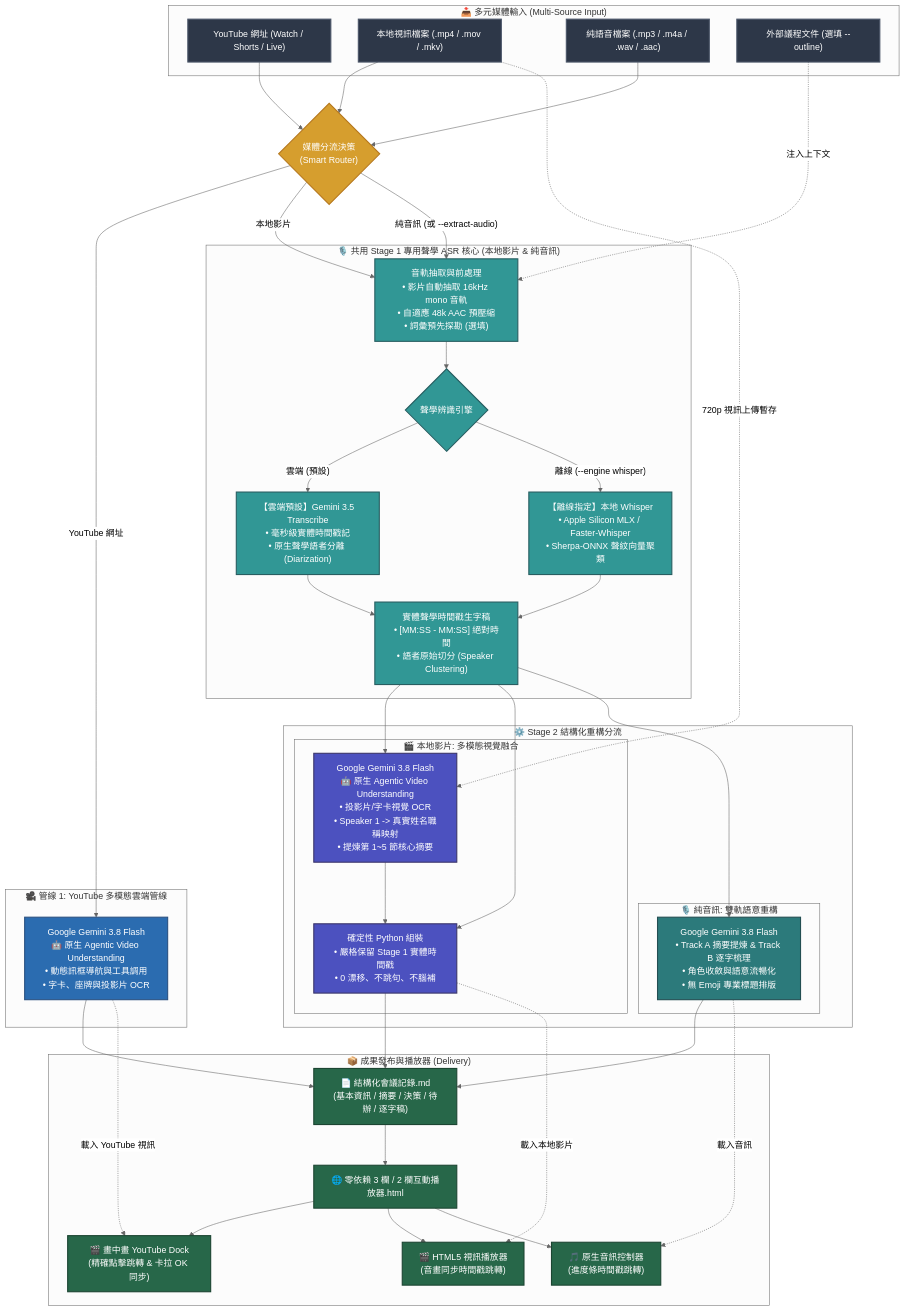
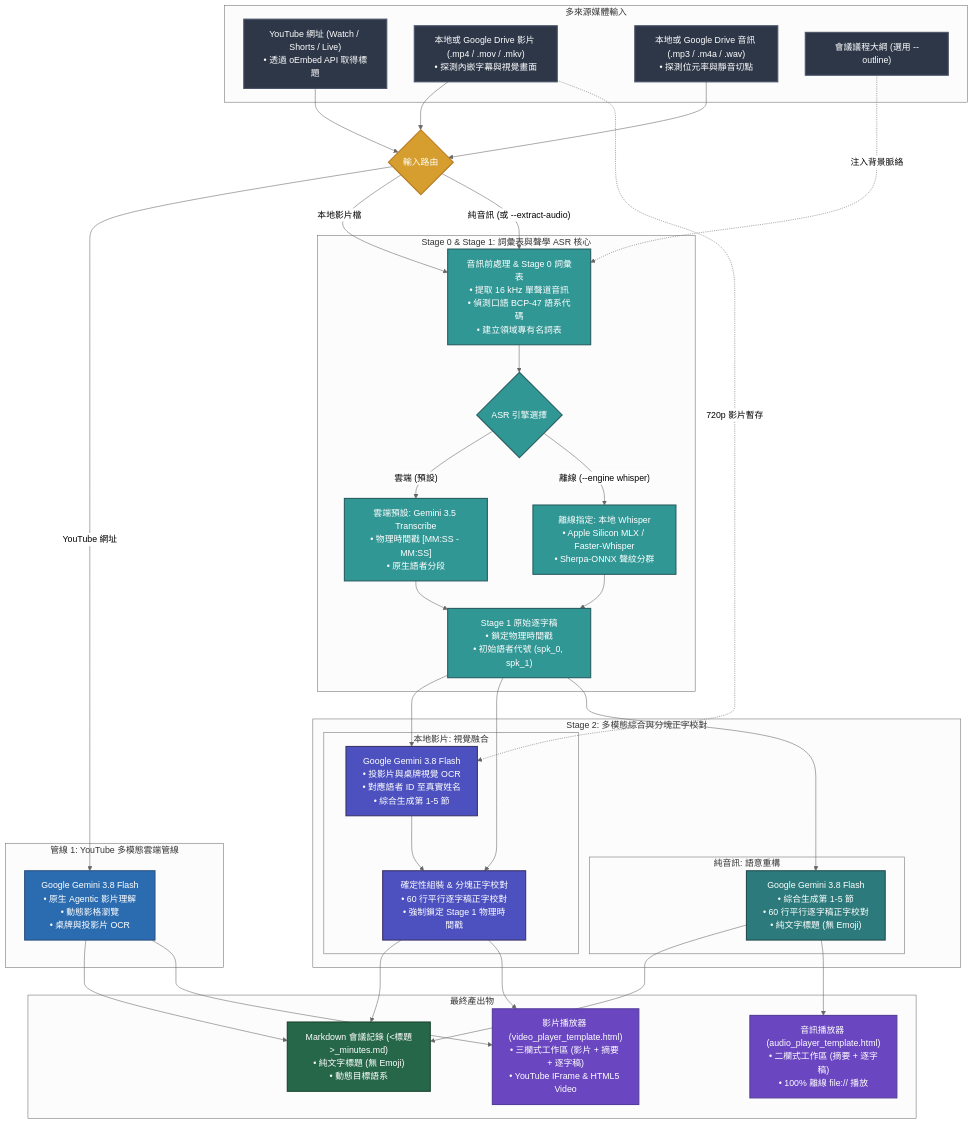
The diagram in README.zh-TW.md (sylphlin/meeting-transcribe-agent), drawn with Mermaid (neutral theme) before and after one commit. The commit also changed other lines of this file and 5 other files, not shown here.

````diff
--- a/README.zh-TW.md
+++ b/README.zh-TW.md
@@ -133,82 +131,75 @@
 ```mermaid
 flowchart TD
     classDef inputStyle fill:#2D3748,stroke:#4A5568,stroke-width:2px,color:#fff;
     classDef routerStyle fill:#D69E2E,stroke:#B7791F,stroke-width:2px,color:#fff;
     classDef videoStyle fill:#2B6CB0,stroke:#2C5282,stroke-width:2px,color:#fff;
     classDef fusionStyle fill:#4C51BF,stroke:#3C366B,stroke-width:2px,color:#fff;
     classDef audioStyle fill:#2C7A7B,stroke:#234E52,stroke-width:2px,color:#fff;
     classDef asrStyle fill:#319795,stroke:#285E61,stroke-width:2px,color:#fff;
     classDef outputStyle fill:#276749,stroke:#1C4532,stroke-width:2px,color:#fff;
+    classDef playerStyle fill:#6B46C1,stroke:#553C9A,stroke-width:2px,color:#fff;
 
-    subgraph Input["📥 多元媒體輸入 (Multi-Source Input)"]
-        Y["YouTube 網址 (Watch / Shorts / Live)"]:::inputStyle
-        V["本地視訊檔案 (.mp4 / .mov / .mkv)"]:::inputStyle
-        A["純語音檔案 (.mp3 / .m4a / .wav / .aac)"]:::inputStyle
-        O["外部議程文件 (選填 --outline)"]:::inputStyle
+    subgraph Input["多來源媒體輸入"]
+        Y["YouTube 網址 (Watch / Shorts / Live)<br>• 透過 oEmbed API 取得標題"]:::inputStyle
+        V["本地或 Google Drive 影片 (.mp4 / .mov / .mkv)<br>• 探測內嵌字幕與視覺畫面"]:::inputStyle
+        A["本地或 Google Drive 音訊 (.mp3 / .m4a / .wav)<br>• 探測位元率與靜音切點"]:::inputStyle
+        O["會議議程大綱 (選用 --outline)"]:::inputStyle
     end
 
-    Router{"媒體分流決策<br>(Smart Router)"}:::routerStyle
+    Router{"輸入路由"}:::routerStyle
 
     Y --> Router
     V --> Router
     A --> Router
 
-    subgraph YouTubeTrack["🎥 管線 1: YouTube 多模態雲端管線"]
-        GeminiFlash["Google Gemini 3.8 Flash<br>🤖 原生 Agentic Video Understanding<br>• 動態訊框導航與工具調用<br>• 字卡、座牌與投影片 OCR"]:::videoStyle
+    subgraph YouTubeTrack["管線 1: YouTube 多模態雲端管線"]
+        GeminiFlash["Google Gemini 3.8 Flash<br>• 原生 Agentic 影片理解<br>• 動態影格瀏覽<br>• 桌牌與投影片 OCR"]:::videoStyle
     end
 
-    subgraph SharedASR["🎙️ 共用 Stage 1 專用聲學 ASR 核心 (本地影片 & 純音訊)"]
-        ExtractTrack["音軌抽取與前處理<br>• 影片自動抽取 16kHz mono 音軌<br>• 自適應 48k AAC 預壓縮<br>• 詞彙預先探勘 (選填)"]:::asrStyle
-        ASREngine{"聲學辨識引擎"}:::asrStyle
-        ASR_Gemini["【雲端預設】Gemini 3.5 Transcribe<br>• 毫秒級實體時間戳記<br>• 原生聲學語者分離 (Diarization)"]:::asrStyle
-        ASR_Whisper["【離線指定】本地 Whisper<br>• Apple Silicon MLX / Faster-Whisper<br>• Sherpa-ONNX 聲紋向量聚類"]:::asrStyle
-        RawTranscript["實體聲學時間戳生字稿<br>• [MM:SS - MM:SS] 絕對時間<br>• 語者原始切分 (Speaker Clustering)"]:::asrStyle
+    subgraph SharedASR["Stage 0 & Stage 1: 詞彙表與聲學 ASR 核心"]
+        ExtractTrack["音訊前處理 & Stage 0 詞彙表<br>• 提取 16 kHz 單聲道音訊<br>• 偵測口語 BCP-47 語系代碼<br>• 建立領域專有名詞表"]:::asrStyle
+        ASREngine{"ASR 引擎選擇"}:::asrStyle
+        ASR_Gemini["雲端預設: Gemini 3.5 Transcribe<br>• 物理時間戳 [MM:SS - MM:SS]<br>• 原生語者分段"]:::asrStyle
+        ASR_Whisper["離線指定: 本地 Whisper<br>• Apple Silicon MLX / Faster-Whisper<br>• Sherpa-ONNX 聲紋分群"]:::asrStyle
+        RawTranscript["Stage 1 原始逐字稿<br>• 鎖定物理時間戳<br>• 初始語者代號 (spk_0, spk_1)"]:::asrStyle
 
         ExtractTrack --> ASREngine
         ASREngine -- "雲端 (預設)" --> ASR_Gemini --> RawTranscript
         ASREngine -- "離線 (--engine whisper)" --> ASR_Whisper --> RawTranscript
-        O -. 注入上下文 .-> ExtractTrack
+        O -. "注入背景脈絡" .-> ExtractTrack
     end
 
-    subgraph Stage2Divergence["⚙️ Stage 2 結構化重構分流"]
-        subgraph LocalVideoStage2["🎬 本地影片: 多模態視覺融合"]
-            Stage2Video["Google Gemini 3.8 Flash<br>🤖 原生 Agentic Video Understanding<br>• 投影片/字卡視覺 OCR<br>• Speaker 1 -> 真實姓名職稱映射<br>• 提煉第 1~5 節核心摘要"]:::fusionStyle
-            Deterministic["確定性 Python 組裝<br>• 嚴格保留 Stage 1 實體時間戳<br>• 0 漂移、不跳句、不腦補"]:::fusionStyle
+    subgraph Stage2Divergence["Stage 2: 多模態綜合與分塊正字校對"]
+        subgraph LocalVideoStage2["本地影片: 視覺融合"]
+            Stage2Video["Google Gemini 3.8 Flash<br>• 投影片與桌牌視覺 OCR<br>• 對應語者 ID 至真實姓名<br>• 綜合生成第 1-5 節"]:::fusionStyle
+            Deterministic["確定性組裝 & 分塊正字校對<br>• 60 行平行逐字稿正字校對<br>• 強制鎖定 Stage 1 物理時間戳"]:::fusionStyle
             Stage2Video --> Deterministic
         end
 
-        subgraph AudioStage2["🎙️ 純音訊: 雙軌語意重構"]
-            Restructure["Google Gemini 3.8 Flash<br>• Track A 摘要提煉 & Track B 逐字梳理<br>• 角色收斂與語意流暢化<br>• 無 Emoji 專業標題排版"]:::audioStyle
+        subgraph AudioStage2["純音訊: 語意重構"]
+            Restructure["Google Gemini 3.8 Flash<br>• 綜合生成第 1-5 節<br>• 60 行平行逐字稿正字校對<br>• 純文字標題 (無 Emoji)"]:::audioStyle
         end
     end
 
     Router -- "YouTube 網址" --> GeminiFlash
-    Router -- "本地影片" --> ExtractTrack
+    Router -- "本地影片檔" --> ExtractTrack
     Router -- "純音訊 (或 --extract-audio)" --> ExtractTrack
 
     RawTranscript --> Stage2Video
-    V -. "720p 視訊上傳暫存" .-> Stage2Video
+    V -. "720p 影片暫存" .-> Stage2Video
     RawTranscript --> Deterministic
-
     RawTranscript --> Restructure
 
-    subgraph Delivery["📦 成果發布與播放器 (Delivery)"]
-        MD["📄 結構化會議記錄.md<br>(基本資訊 / 摘要 / 決策 / 待辦 / 逐字稿)"]:::outputStyle
-        HTML["🌐 零依賴 3 欄 / 2 欄互動播放器.html"]:::outputStyle
-        YTDock["🎬 畫中畫 YouTube Dock<br>(精確點擊跳轉 & 卡拉 OK 同步)"]:::outputStyle
-        VPlayer["🎬 HTML5 視訊播放器<br>(音畫同步時間戳跳轉)"]:::outputStyle
-        AudioPlayer["🎵 原生音訊控制器<br>(進度條時間戳跳轉)"]:::outputStyle
-
-        MD --> HTML
-        HTML --> YTDock
-        HTML --> VPlayer
-        HTML --> AudioPlayer
+    subgraph Delivery["最終產出物"]
+        MD["Markdown 會議記錄 (<標題>_minutes.md)<br>• 純文字標題 (無 Emoji)<br>• 動態目標語系"]:::outputStyle
+        VPlayer["影片播放器 (video_player_template.html)<br>• 三欄式工作區 (影片 + 摘要 + 逐字稿)<br>• YouTube IFrame & HTML5 Video"]:::playerStyle
+        APlayer["音訊播放器 (audio_player_template.html)<br>• 二欄式工作區 (摘要 + 逐字稿)<br>• 100% 離線 file:// 播放"]:::playerStyle
     end
 
     GeminiFlash --> MD
-    GeminiFlash -. 載入 YouTube 視訊 .-> YTDock
+    GeminiFlash --> VPlayer
     Deterministic --> MD
-    Deterministic -. 載入本地影片 .-> VPlayer
+    Deterministic --> VPlayer
     Restructure --> MD
-    Restructure -. 載入音訊 .-> AudioPlayer
+    Restructure --> APlayer
 ```
````
